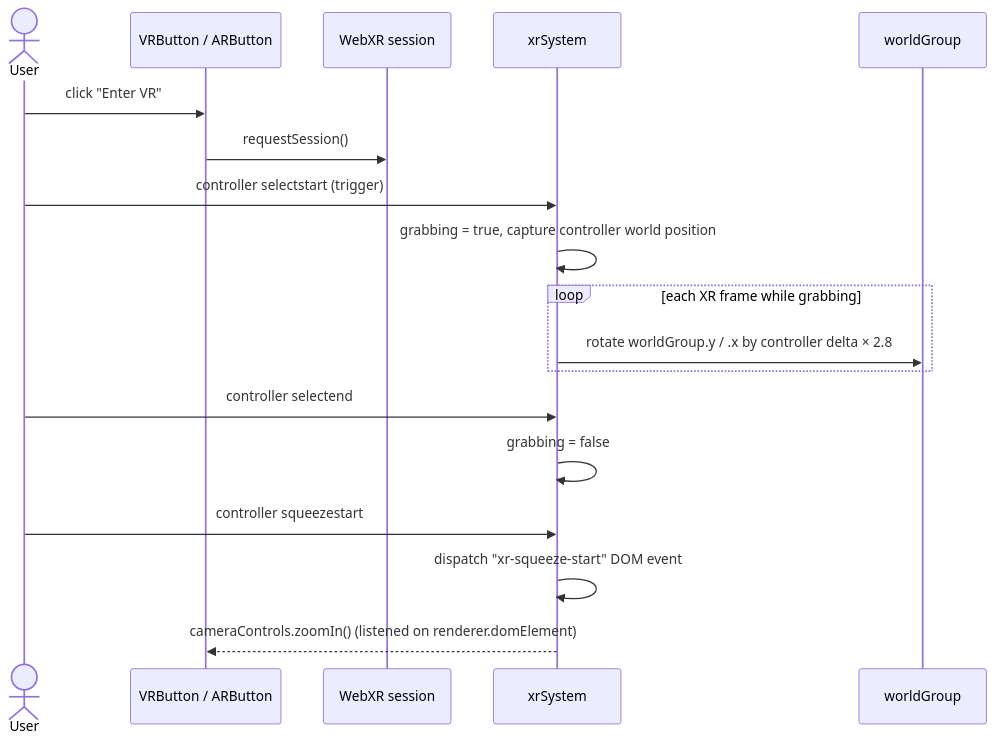
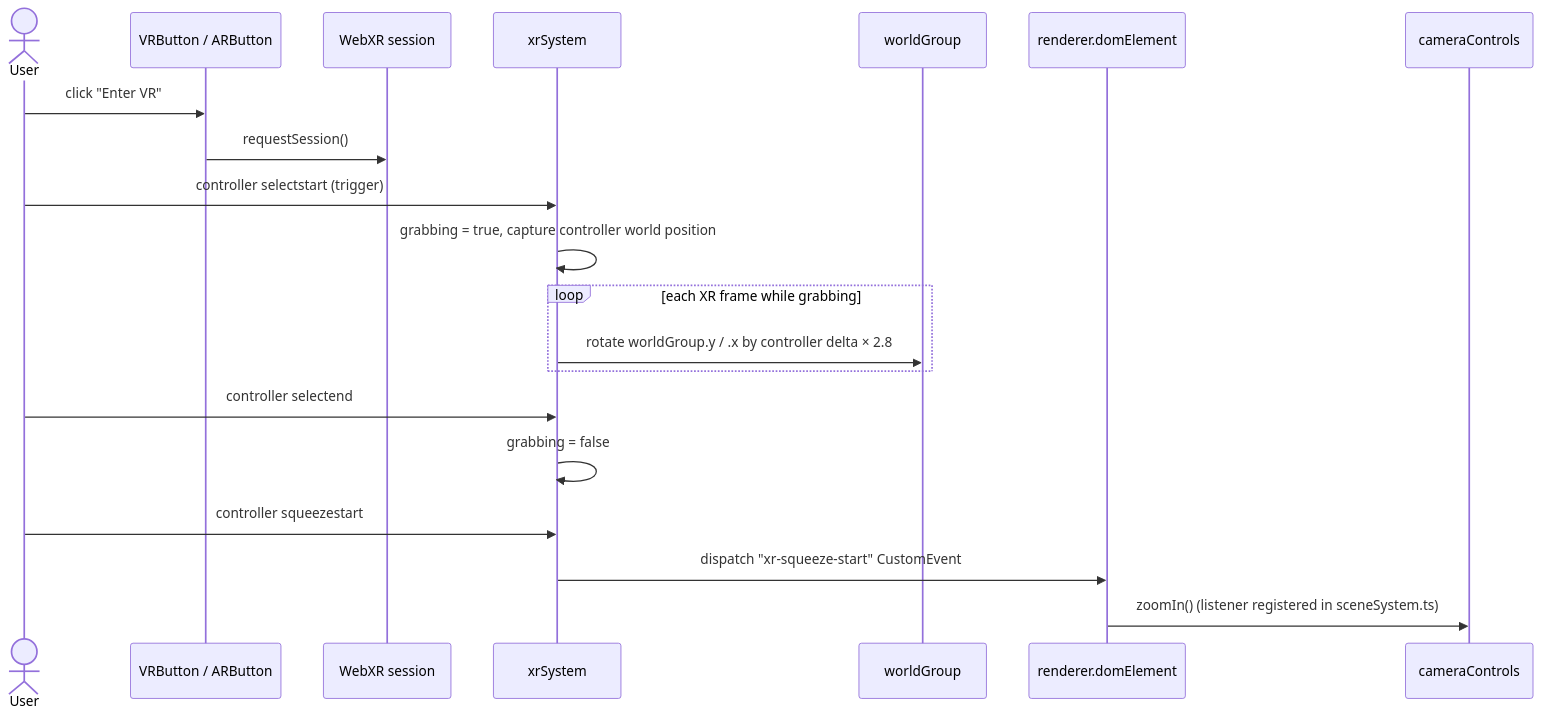
Before and after one commit to companionintelligence/CI-Spatial-Atlas: the ninth of 14 diagrams in docs/architecture.md, drawn with Mermaid. The commit also changed other lines of this file and 30 other files, not shown here.

````diff
--- a/docs/architecture.md
+++ b/docs/architecture.md
@@ -179,21 +268,23 @@
 ```mermaid
 sequenceDiagram
     actor User
     participant Btn as VRButton / ARButton
     participant XRSess as WebXR session
     participant XR as xrSystem
     participant World as worldGroup
+    participant Dom as renderer.domElement
+    participant Cam as cameraControls
 
     User->>Btn: click "Enter VR"
     Btn->>XRSess: requestSession()
     User->>XR: controller selectstart (trigger)
     XR->>XR: grabbing = true, capture controller world position
     loop each XR frame while grabbing
         XR->>World: rotate worldGroup.y / .x by controller delta × 2.8
     end
     User->>XR: controller selectend
     XR->>XR: grabbing = false
     User->>XR: controller squeezestart
-    XR->>XR: dispatch "xr-squeeze-start" DOM event
-    XR-->>Btn: cameraControls.zoomIn() (listened on renderer.domElement)
+    XR->>Dom: dispatch "xr-squeeze-start" CustomEvent
+    Dom->>Cam: zoomIn() (listener registered in sceneSystem.ts)
 ```
````
